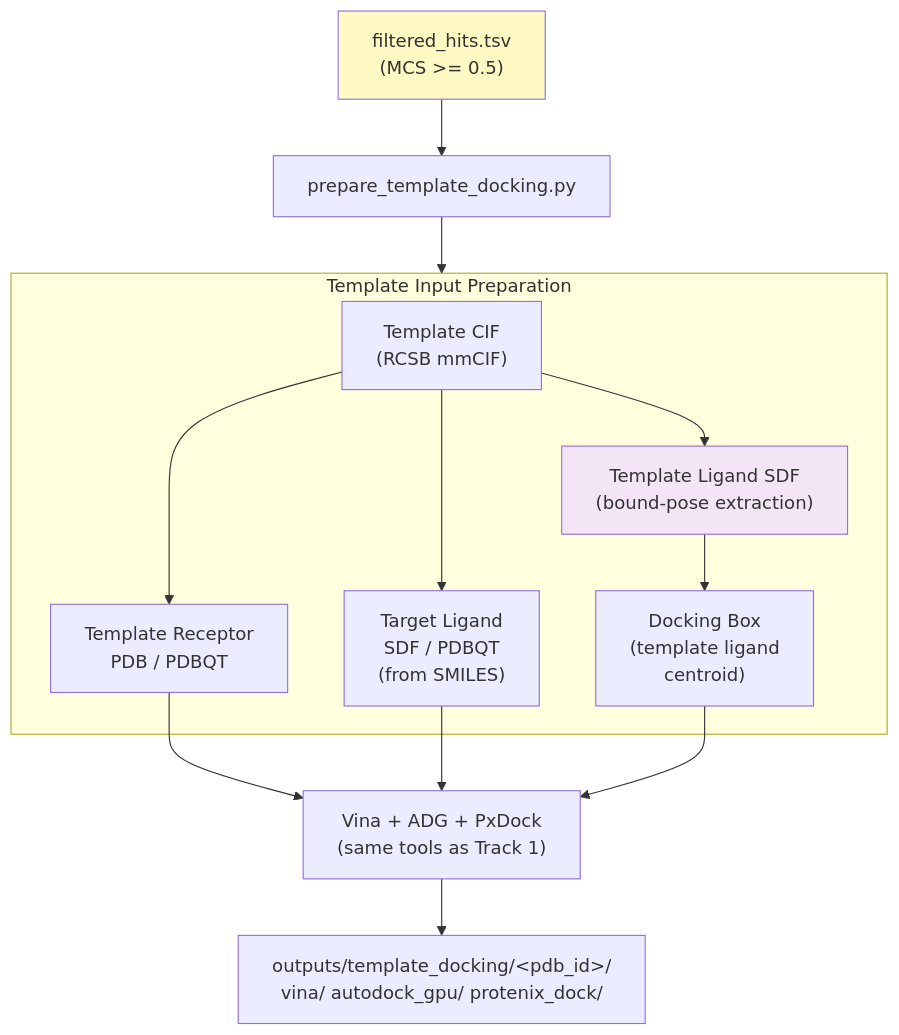
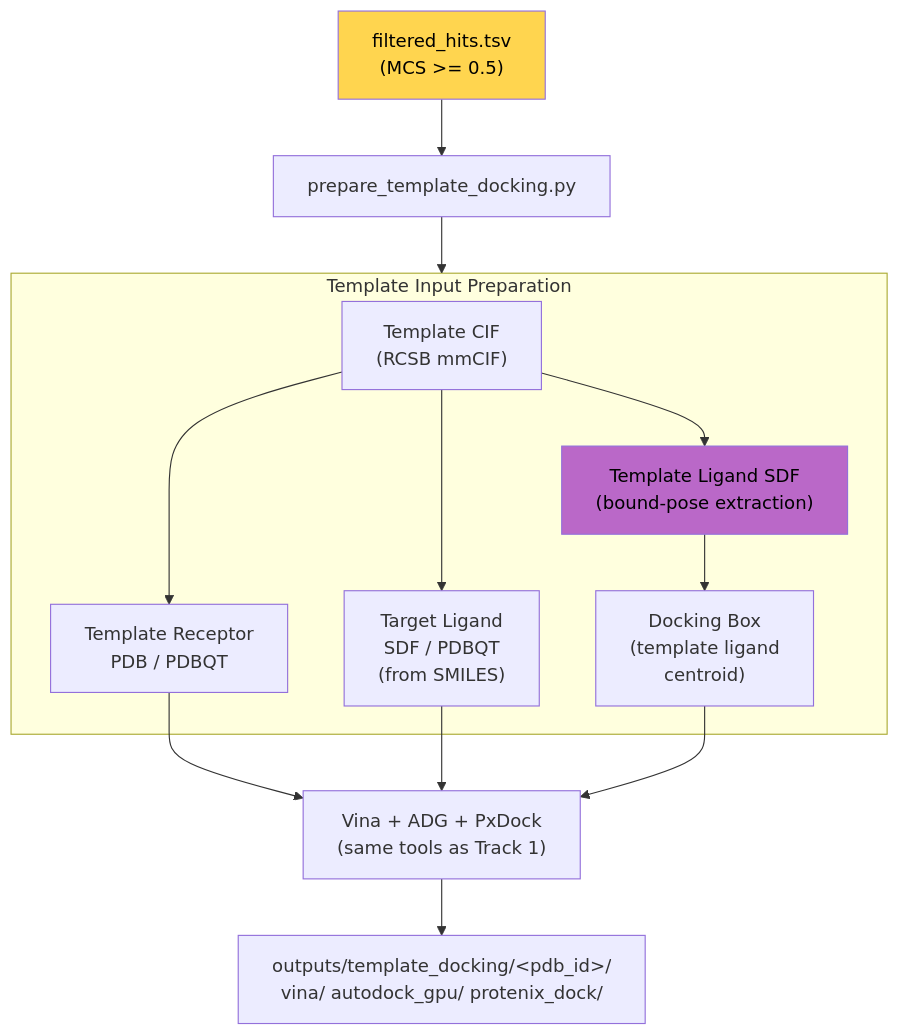
Diagram 12 of 17 in docs/pipeline.md (eightmm/mosaic-pl), drawn with Mermaid before and after one commit. The commit also changed other lines of this file, not shown here.

````diff
--- a/docs/pipeline.md
+++ b/docs/pipeline.md
@@ -319,20 +319,20 @@
 ```mermaid
 flowchart TB
     HITS["filtered_hits.tsv\n(MCS >= 0.5)"] --> PREP["prepare_template_docking.py"]
 
     subgraph TEMPLATE_PREP["Template Input Preparation"]
         RCIF["Template CIF\n(RCSB mmCIF)"]
         RCIF --> RPDB["Template Receptor\nPDB / PDBQT"]
         RCIF --> TLIG["Template Ligand SDF\n(bound-pose extraction)"]
         RCIF --> QLIG["Target Ligand\nSDF / PDBQT\n(from SMILES)"]
         TLIG --> BOX["Docking Box\n(template ligand\ncentroid)"]
     end
 
     PREP --> TEMPLATE_PREP
 
     RPDB & QLIG & BOX --> DOCK["Vina + ADG + PxDock\n(same tools as Track 1)"]
     DOCK --> OUT["outputs/template_docking/&lt;pdb_id&gt;/\nvina/ autodock_gpu/ protenix_dock/"]
 
-    style HITS fill:#fff9c4
-    style TLIG fill:#f3e5f5
+    style HITS fill:#ffd54f,color:#000
+    style TLIG fill:#ba68c8,color:#000
 ```
````
